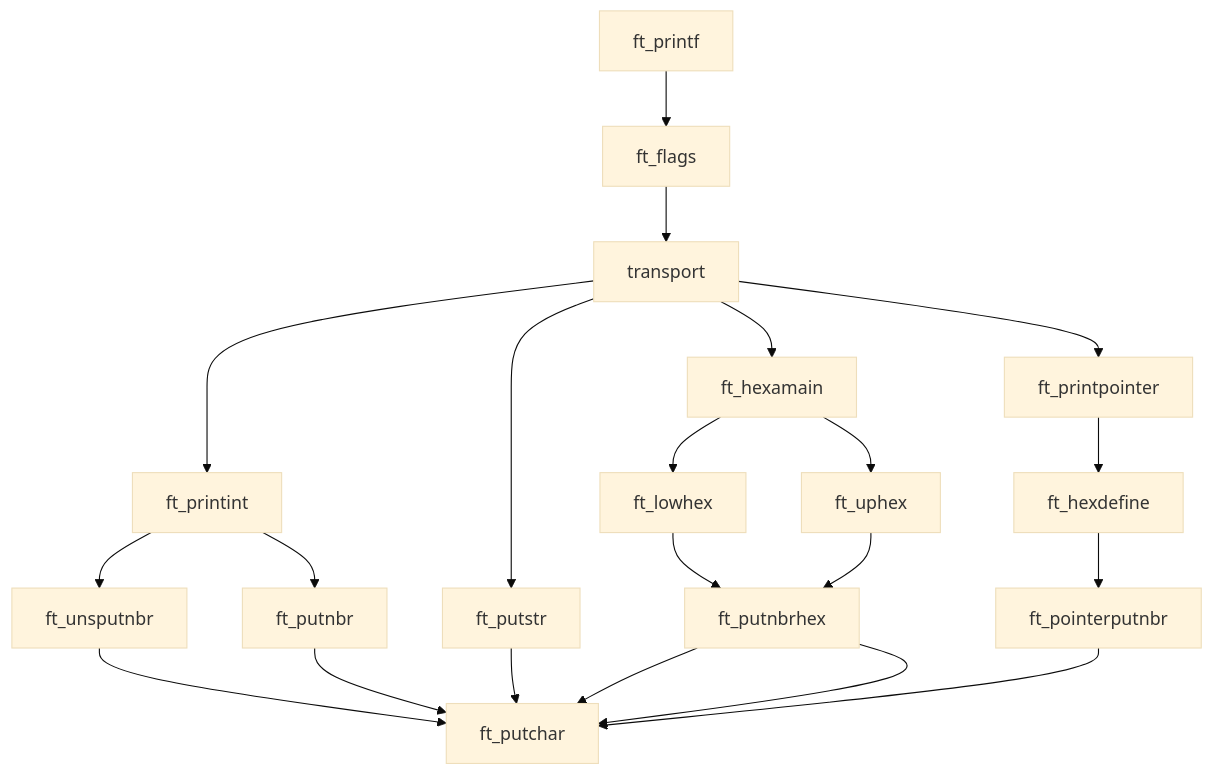
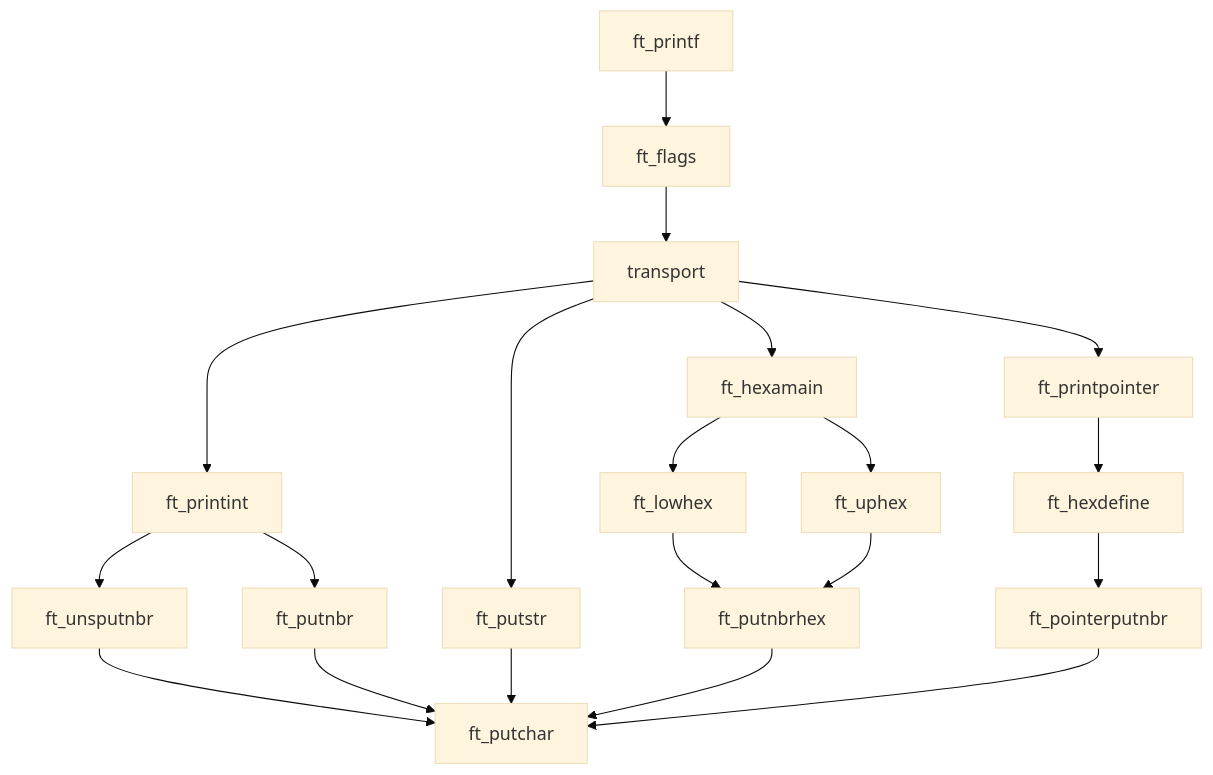
The diagram in README.md (mota494/42_ftprintf), drawn with Mermaid (base theme) before and after one commit.

````diff
--- a/README.md
+++ b/README.md
@@ -33,11 +33,11 @@
 ```mermaid
 graph TD
 	ft_printf-->ft_flags-->transport
 	transport-->ft_printint
 		ft_printint-->ft_unsputnbr-->ft_putchar
 		ft_printint-->ft_putnbr-->ft_putchar
 	transport-->ft_putstr-->ft_putchar
-	transport-->ft_hexamain-->ft_lowhex-->ft_putnbrhex-->ft_putchar
+	transport-->ft_hexamain-->ft_lowhex-->ft_putnbrhex
 	ft_hexamain-->ft_uphex-->ft_putnbrhex-->ft_putchar
 	transport-->ft_printpointer-->ft_hexdefine-->ft_pointerputnbr-->ft_putchar
 ```
````
